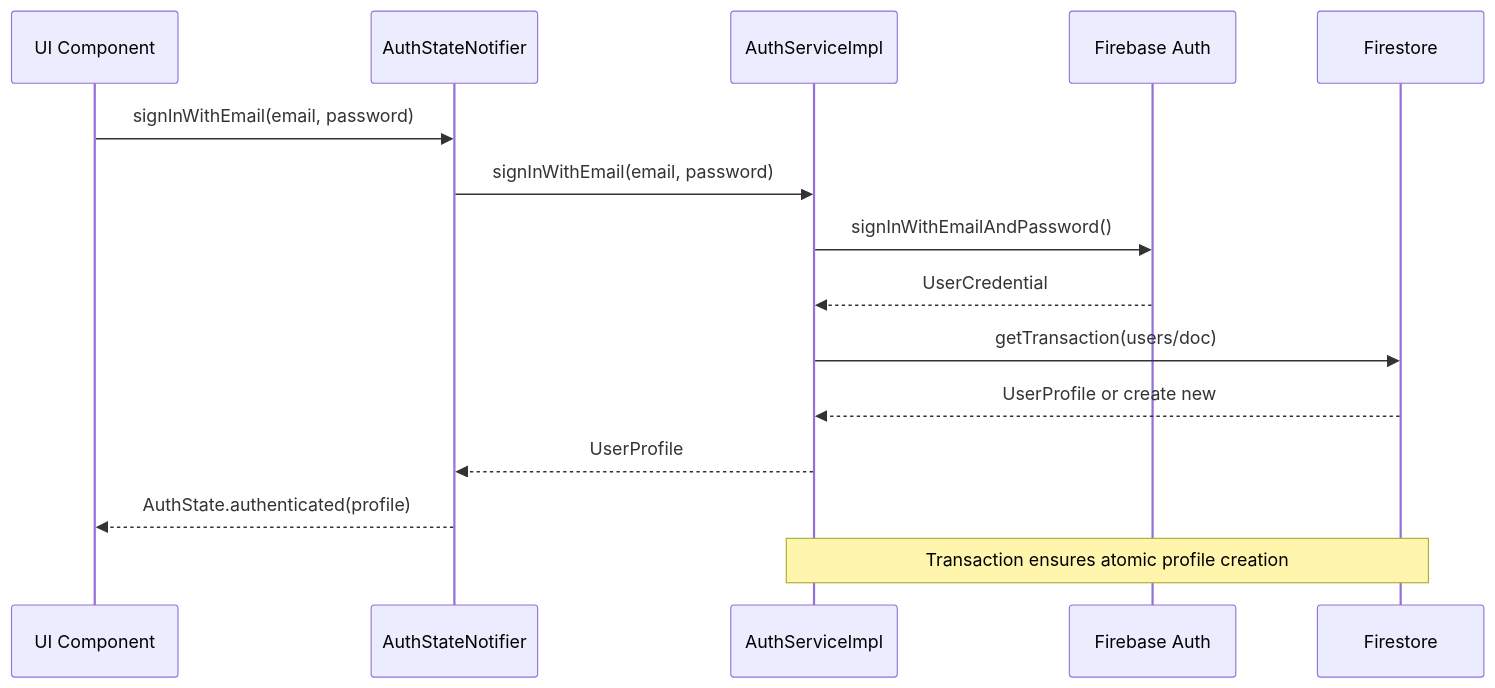
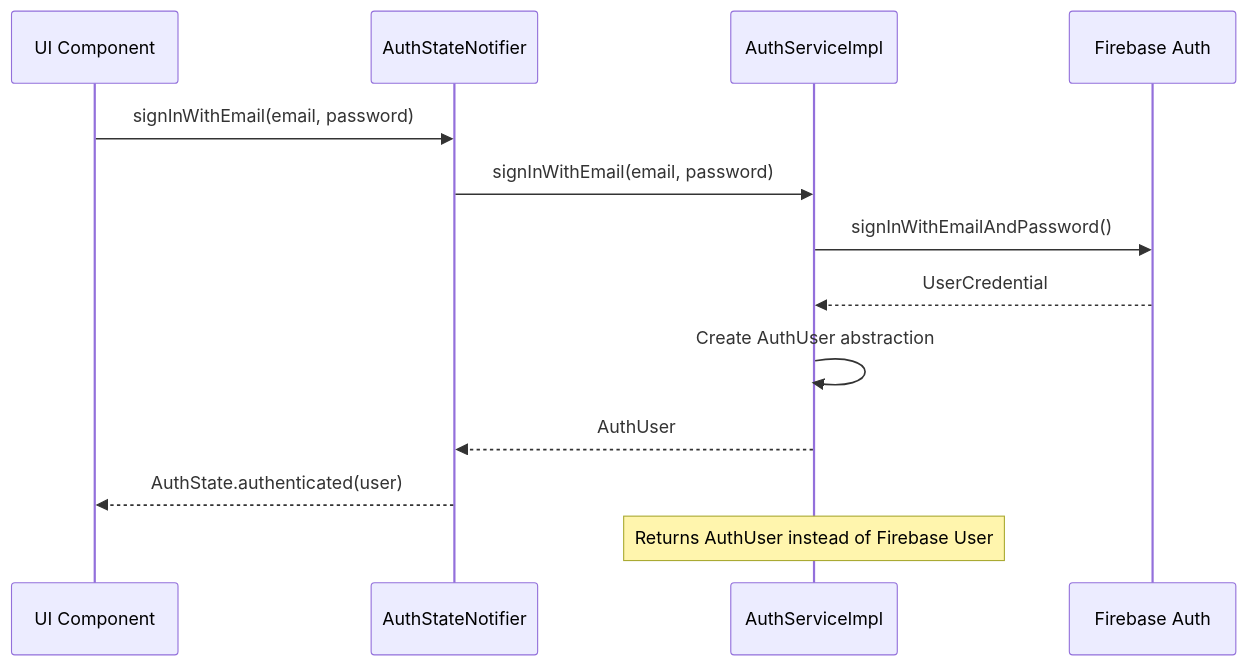
One commit to JAaron93/StyleSync changed the third of 9 diagrams in .qoder/repowiki/en/content/Core Services/Authentication Service.md. Above: the diagram before and after it, drawn with Mermaid. The commit also changed other lines of this file and 36 other files, not shown here.

````diff
--- a/.qoder/repowiki/en/content/Core Services/Authentication Service.md
+++ b/.qoder/repowiki/en/content/Core Services/Authentication Service.md
@@ -152,17 +200,15 @@
 ```mermaid
 sequenceDiagram
 participant UI as UI Component
 participant AN as AuthStateNotifier
 participant AS as AuthServiceImpl
 participant FA as Firebase Auth
-participant FS as Firestore
 UI->>AN : signInWithEmail(email, password)
 AN->>AS : signInWithEmail(email, password)
 AS->>FA : signInWithEmailAndPassword()
 FA-->>AS : UserCredential
-AS->>FS : getTransaction(users/doc)
-FS-->>AS : UserProfile or create new
-AS-->>AN : UserProfile
-AN-->>UI : AuthState.authenticated(profile)
-Note over AS,FS : Transaction ensures atomic profile creation
+AS->>AS : Create AuthUser abstraction
+AS-->>AN : AuthUser
+AN-->>UI : AuthState.authenticated(user)
+Note over AS : Returns AuthUser instead of Firebase User
 ```
````
